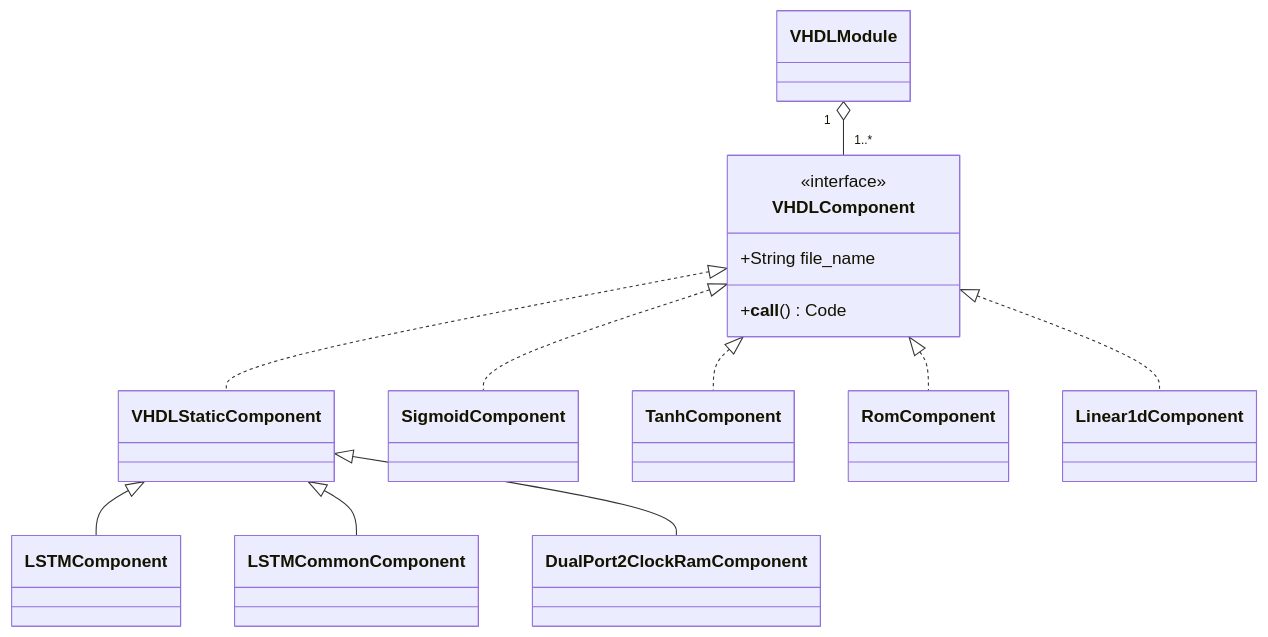
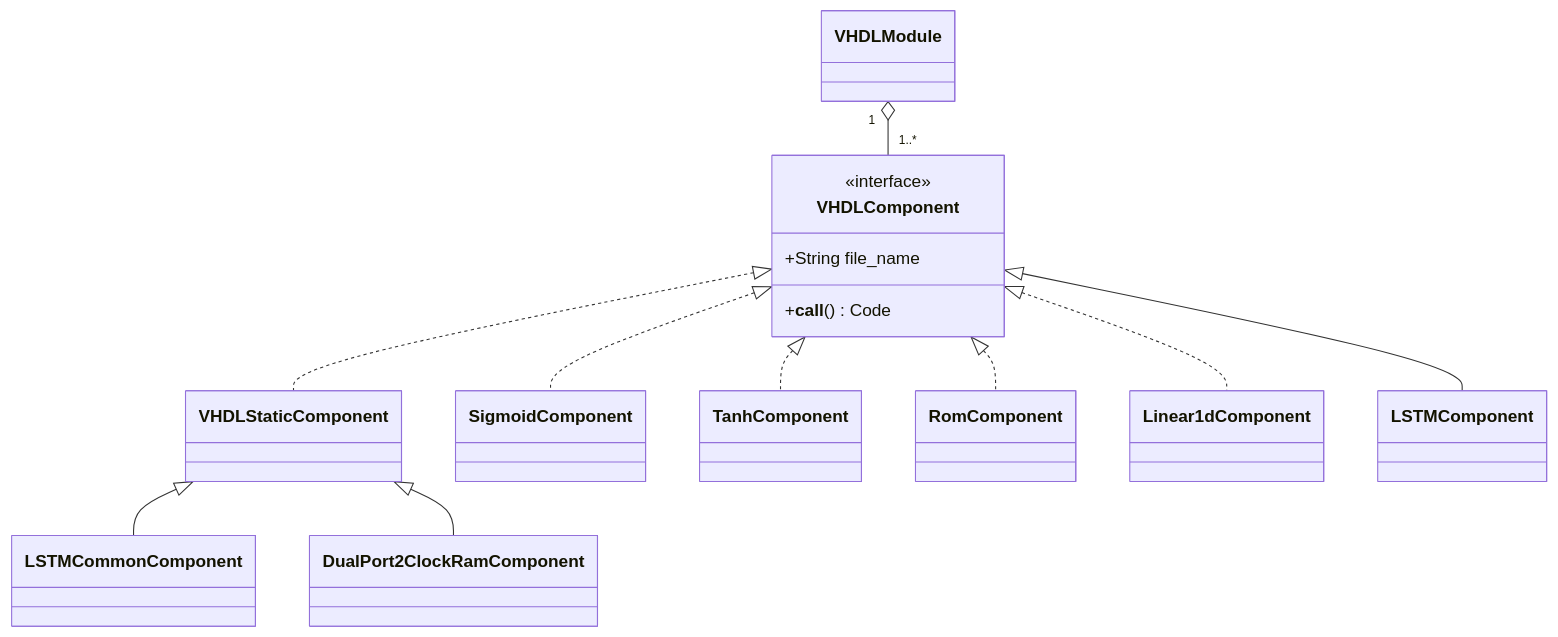
The first of 3 diagrams in elasticai/creator/vhdl/README.md (es-ude/elastic-ai.creator), drawn with Mermaid before and after one commit. The commit also changed other lines of this file, not shown here.

Commit message:
docs(vhdl): adapt diagrams to the latest changes

````diff
--- a/elasticai/creator/vhdl/README.md
+++ b/elasticai/creator/vhdl/README.md
@@ -15,17 +15,17 @@
 ```mermaid
 classDiagram
 class VHDLComponent {
     <<interface>>
     +String file_name
     +__call__() Code
 }
 VHDLModule "1" o-- "1..*" VHDLComponent
 VHDLComponent <|.. VHDLStaticComponent
 VHDLComponent <|.. SigmoidComponent
 VHDLComponent <|.. TanhComponent
 VHDLComponent <|.. RomComponent
 VHDLComponent <|.. Linear1dComponent
-VHDLStaticComponent <|-- LSTMComponent
+VHDLComponent <|-- LSTMComponent
 VHDLStaticComponent <|-- LSTMCommonComponent
 VHDLStaticComponent <|-- DualPort2ClockRamComponent
 ```
````
